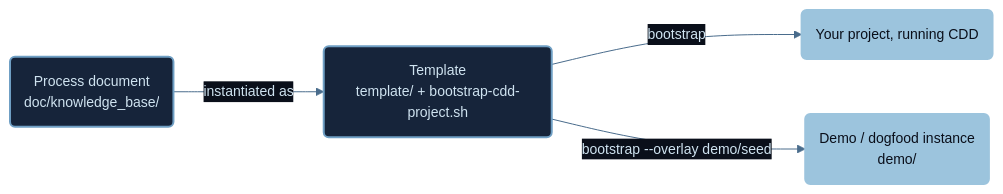
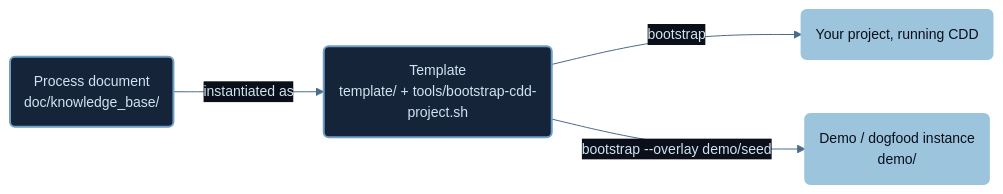
Before and after one commit to drabaioli/cdd: the second of 2 diagrams in README.md, drawn with Mermaid. The commit also changed other lines of this file and 14 other files, not shown here.

First line of the commit message:
Move bootstrap-cdd-project.sh under tools/ (#25)

````diff
--- a/README.md
+++ b/README.md
@@ -59,15 +59,15 @@
 ```mermaid
 %%{init: {'theme':'base', 'themeVariables': {'background':'#0a0f1a', 'primaryColor':'#16243a', 'primaryTextColor':'#cfe3f0', 'primaryBorderColor':'#6f9fc4', 'lineColor':'#4a6c8c', 'textColor':'#b9d2e6', 'edgeLabelBackground':'#0a0f1a', 'fontFamily':'Poppins, Verdana, Helvetica, Arial, sans-serif', 'fontSize':'14px'}, 'flowchart': {'curve':'basis', 'padding':14, 'nodeSpacing':55, 'rankSpacing':60}}}%%
 flowchart LR
     PD("Process document<br>doc/knowledge_base/"):::layer
-    T("Template<br>template/ + bootstrap-cdd-project.sh"):::layer
+    T("Template<br>template/ + tools/bootstrap-cdd-project.sh"):::layer
     NEW("Your project, running CDD"):::out
     DEMO("Demo / dogfood instance<br>demo/"):::out
 
     PD -->|"  instantiated as  "| T
     T -->|"  bootstrap  "| NEW
     T -->|"  bootstrap --overlay demo/seed  "| DEMO
 
     classDef layer fill:#16243a,stroke:#6f9fc4,color:#cfe3f0,stroke-width:2px
     classDef out fill:#9cc4dd,stroke:#9cc4dd,color:#0a0f1a,stroke-width:2px
 ```
````
